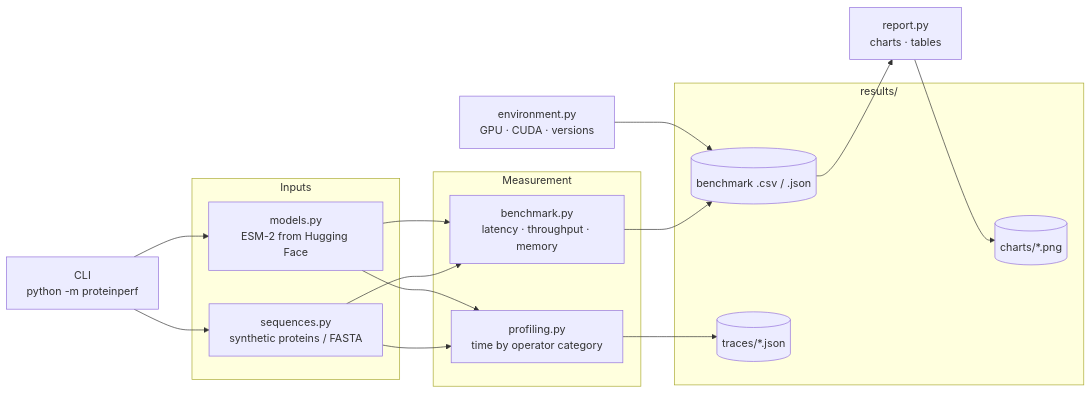
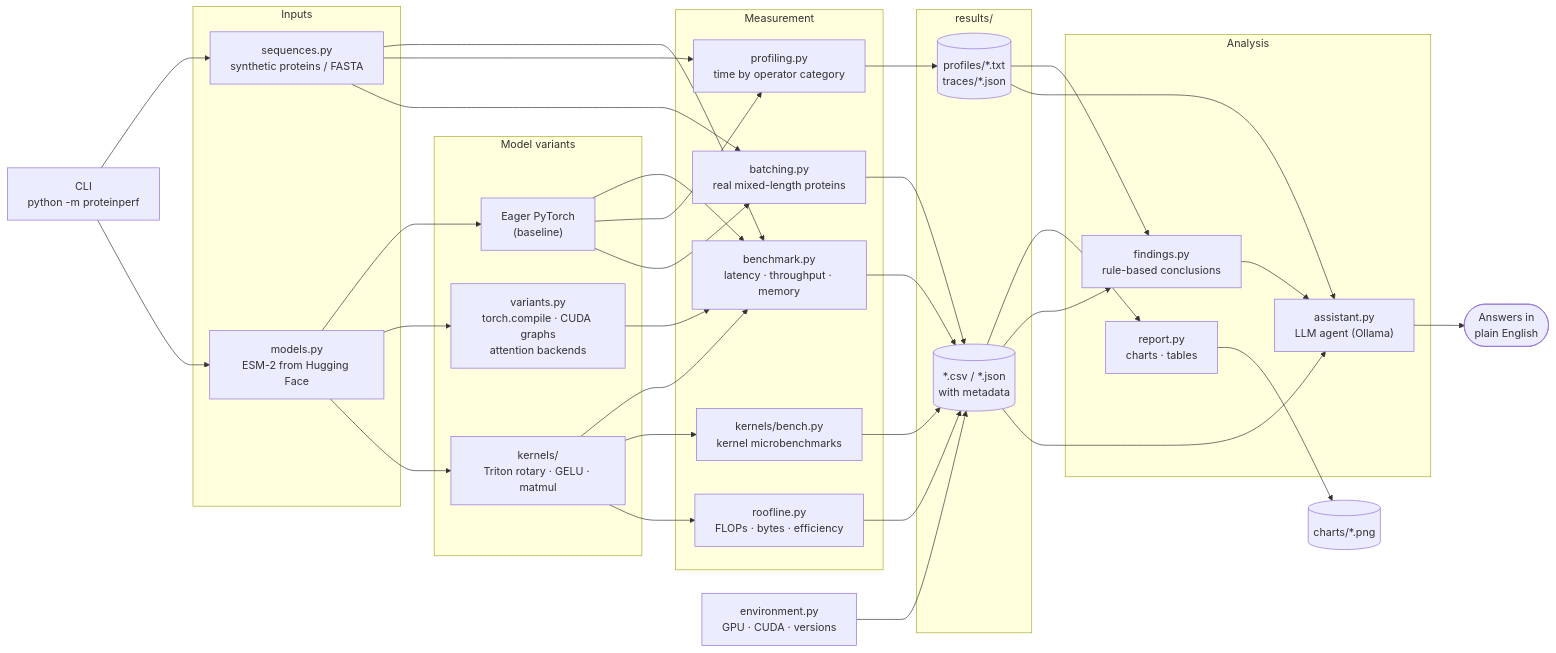
One commit to salmansystech/ProteinPerf changed the first of 9 diagrams in docs/ARCHITECTURE.md. Above: the diagram before and after it, drawn with Mermaid. The commit also changed other lines of this file, not shown here.

First line of the commit message:
Update architecture overview for all five phases

````diff
--- a/docs/ARCHITECTURE.md
+++ b/docs/ARCHITECTURE.md
@@ -26,35 +28,55 @@
 ```mermaid
 flowchart LR
     CLI["CLI<br/>python -m proteinperf"]
 
     subgraph Inputs
         Seq["sequences.py<br/>synthetic proteins / FASTA"]
         Models["models.py<br/>ESM-2 from Hugging Face"]
     end
 
+    subgraph Variants["Model variants"]
+        Eager["Eager PyTorch<br/>(baseline)"]
+        Var["variants.py<br/>torch.compile · CUDA graphs<br/>attention backends"]
+        Kern["kernels/<br/>Triton rotary · GELU · matmul"]
+    end
+
     subgraph Measurement
         Bench["benchmark.py<br/>latency · throughput · memory"]
         Prof["profiling.py<br/>time by operator category"]
+        Batch["batching.py<br/>real mixed-length proteins"]
+        Roof["roofline.py<br/>FLOPs · bytes · efficiency"]
+        KBench["kernels/bench.py<br/>kernel microbenchmarks"]
     end
 
     Env["environment.py<br/>GPU · CUDA · versions"]
-    Report["report.py<br/>charts · tables"]
 
-    subgraph Outputs["results/"]
-        CSV[("benchmark .csv / .json")]
-        Trace[("traces/*.json")]
-        Charts[("charts/*.png")]
+    subgraph Results["results/"]
+        Data[("*.csv / *.json<br/>with metadata")]
+        Profiles[("profiles/*.txt<br/>traces/*.json")]
     end
 
-    CLI --> Seq
-    CLI --> Models
-    Seq --> Bench
-    Models --> Bench
-    Seq --> Prof
-    Models --> Prof
-    Bench --> CSV
-    Env --> CSV
-    Prof --> Trace
-    CSV --> Report
-    Report --> Charts
+    subgraph Analysis
+        Report["report.py<br/>charts · tables"]
+        Find["findings.py<br/>rule-based conclusions"]
+        Agent["assistant.py<br/>LLM agent (Ollama)"]
+    end
+
+    Charts[("charts/*.png")]
+    User(["Answers in<br/>plain English"])
+
+    CLI --> Seq & Models
+    Models --> Eager & Var & Kern
+    Seq --> Bench & Prof & Batch
+    Eager & Var & Kern --> Bench
+    Eager --> Prof & Batch
+    Kern --> KBench
+    Kern --> Roof
+    Env --> Data
+    Bench & Batch & Roof & KBench --> Data
+    Prof --> Profiles
+    Data --> Report --> Charts
+    Data & Profiles --> Find
+    Find --> Agent
+    Data & Profiles --> Agent
+    Agent --> User
 ```
````
